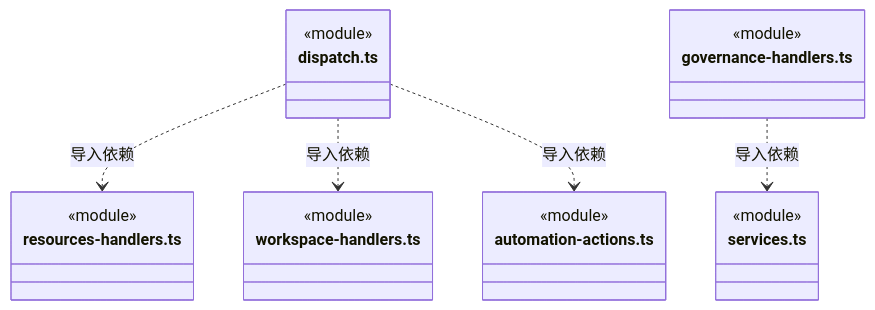
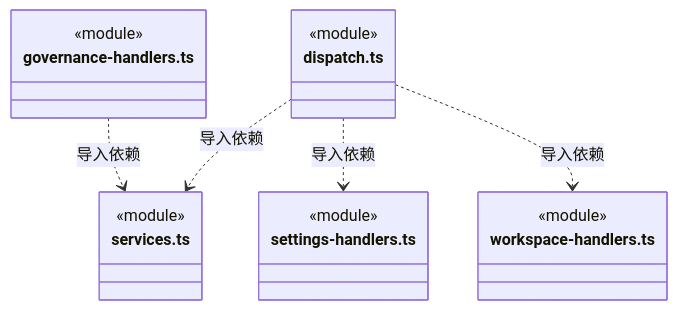
One commit to nan023062/cbim changed diagram 20 of 22 in src/bridge/server/ipc/ARCHITECTURE.md. Above: the diagram before and after it, drawn with Mermaid. The commit also changed other lines of this file and 112 other files, not shown here.

Commit message:
docs: align source architecture with current declarations and contracts

````diff
--- a/src/bridge/server/ipc/ARCHITECTURE.md
+++ b/src/bridge/server/ipc/ARCHITECTURE.md
@@ -592,25 +592,22 @@
 ```mermaid
 classDiagram
 class N_src_bridge_server_ipc_dispatch_ts["dispatch.ts"] {
   <<module>>
 }
-class N_src_bridge_server_ipc_resources_handlers_ts["resources-handlers.ts"] {
+class N_src_bridge_server_ipc_services_ts["services.ts"] {
+  <<module>>
+}
+class N_src_bridge_server_ipc_settings_handlers_ts["settings-handlers.ts"] {
   <<module>>
 }
 class N_src_bridge_server_ipc_workspace_handlers_ts["workspace-handlers.ts"] {
   <<module>>
 }
-class N_src_bridge_server_ipc_automation_actions_ts["automation-actions.ts"] {
-  <<module>>
-}
 class N_src_bridge_server_ipc_governance_handlers_ts["governance-handlers.ts"] {
   <<module>>
 }
-class N_src_bridge_server_ipc_services_ts["services.ts"] {
-  <<module>>
-}
-N_src_bridge_server_ipc_dispatch_ts ..> N_src_bridge_server_ipc_resources_handlers_ts : 导入依赖
+N_src_bridge_server_ipc_dispatch_ts ..> N_src_bridge_server_ipc_services_ts : 导入依赖
+N_src_bridge_server_ipc_dispatch_ts ..> N_src_bridge_server_ipc_settings_handlers_ts : 导入依赖
 N_src_bridge_server_ipc_dispatch_ts ..> N_src_bridge_server_ipc_workspace_handlers_ts : 导入依赖
-N_src_bridge_server_ipc_dispatch_ts ..> N_src_bridge_server_ipc_automation_actions_ts : 导入依赖
 N_src_bridge_server_ipc_governance_handlers_ts ..> N_src_bridge_server_ipc_services_ts : 导入依赖
 ```
````
